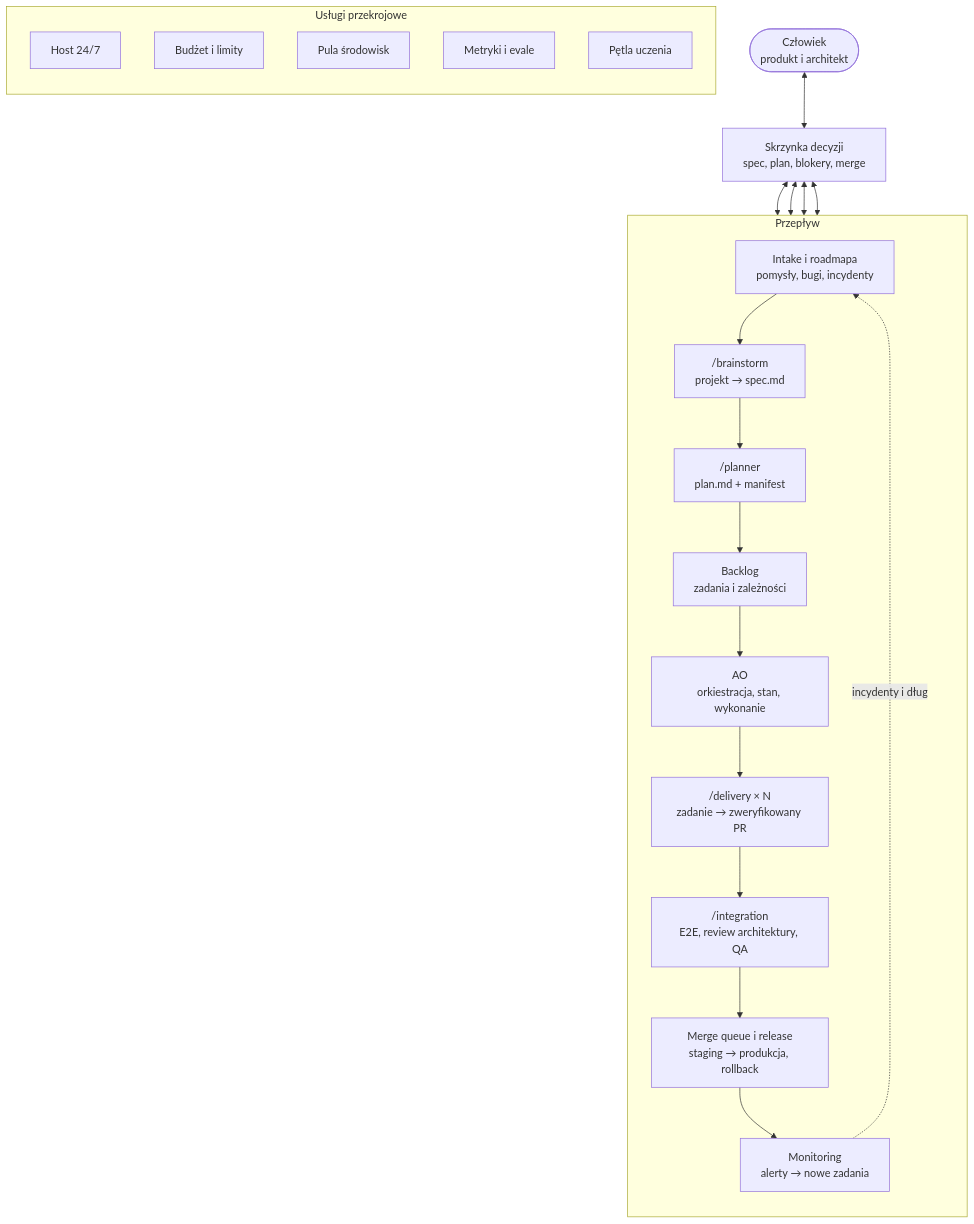
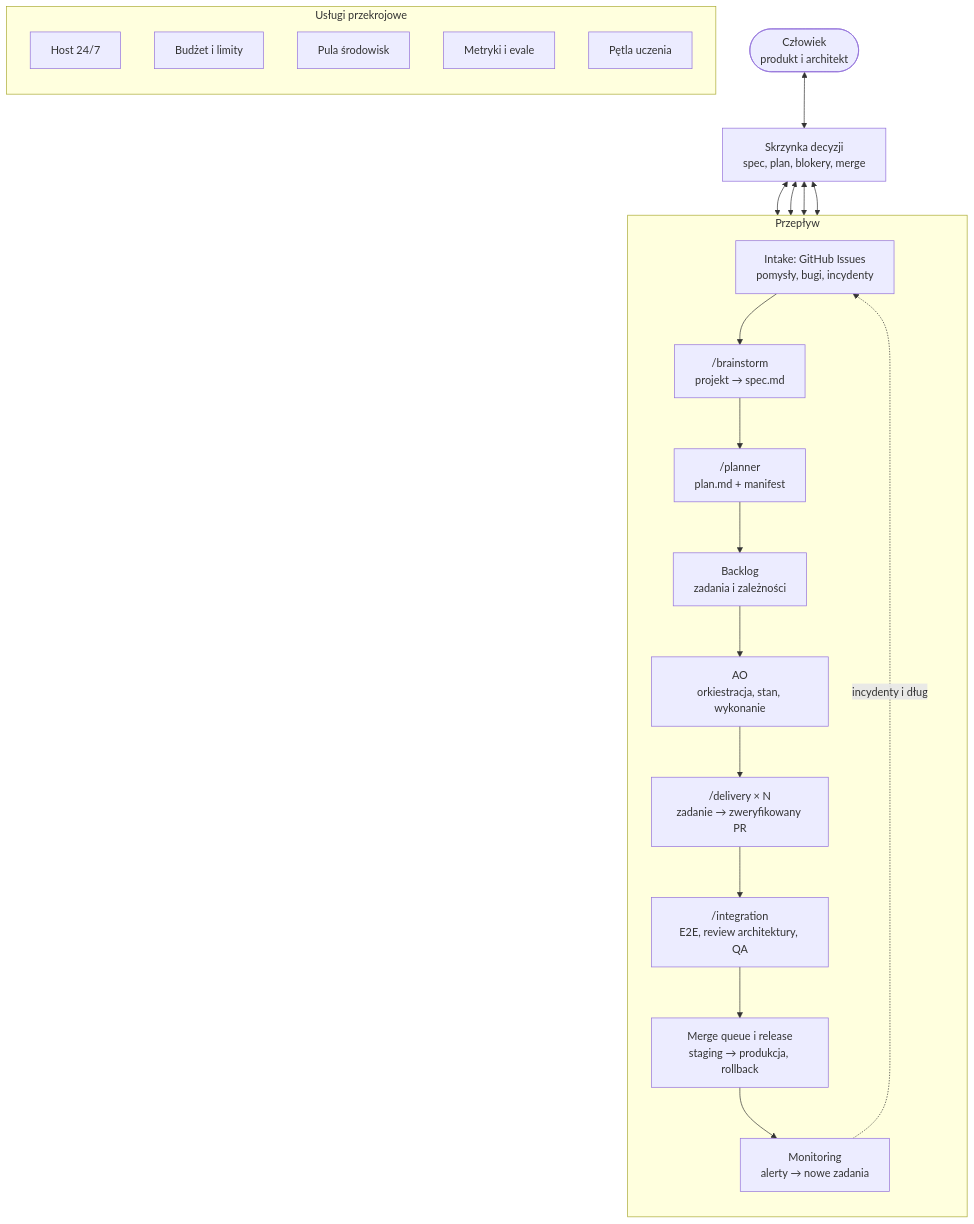
Before and after one commit to piotrp321/shop: the diagram in docs/adr/agentic-software-house.md, drawn with Mermaid. The commit also changed other lines of this file and 2 other files, not shown here.

````diff
--- a/docs/adr/agentic-software-house.md
+++ b/docs/adr/agentic-software-house.md
@@ -17,36 +18,36 @@
 ```mermaid
 flowchart TB
     human([Człowiek<br/>produkt i architekt])
     inbox[Skrzynka decyzji<br/>spec, plan, blokery, merge]
 
     subgraph flow[Przepływ]
         direction TB
-        intake[Intake i roadmapa<br/>pomysły, bugi, incydenty]
+        intake[Intake: GitHub Issues<br/>pomysły, bugi, incydenty]
         brainstorm["/brainstorm<br/>projekt → spec.md"]
         planner["/planner<br/>plan.md + manifest"]
         backlog[Backlog<br/>zadania i zależności]
         ao[AO<br/>orkiestracja, stan, wykonanie]
         delivery["/delivery × N<br/>zadanie → zweryfikowany PR"]
         integration["/integration<br/>E2E, review architektury, QA"]
         release[Merge queue i release<br/>staging → produkcja, rollback]
         monitoring[Monitoring<br/>alerty → nowe zadania]
         intake --> brainstorm --> planner --> backlog --> ao --> delivery --> integration --> release --> monitoring
         monitoring -. incydenty i dług .-> intake
     end
 
     subgraph shared[Usługi przekrojowe]
         direction TB
         host[Host 24/7]
         budget[Budżet i limity]
         envs[Pula środowisk]
         metrics[Metryki i evale]
         learning[Pętla uczenia]
     end
 
     human <--> inbox
     inbox <--> brainstorm
     inbox <--> planner
     inbox <--> ao
     inbox <--> release
 
 ```
````
